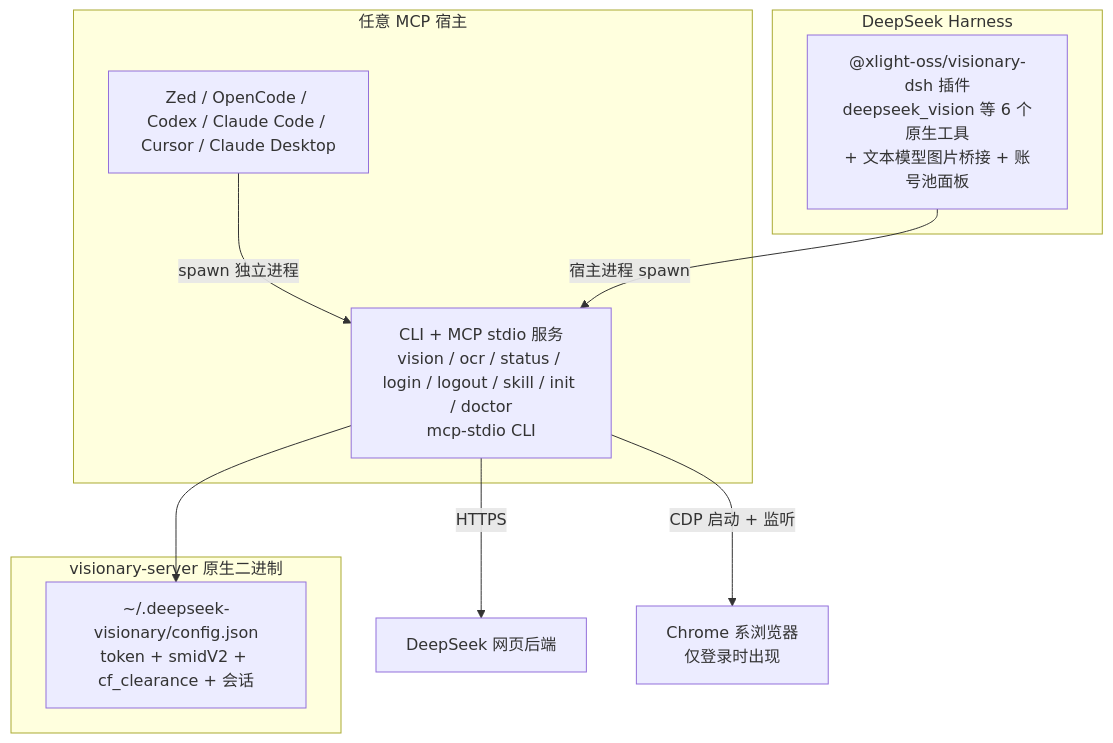
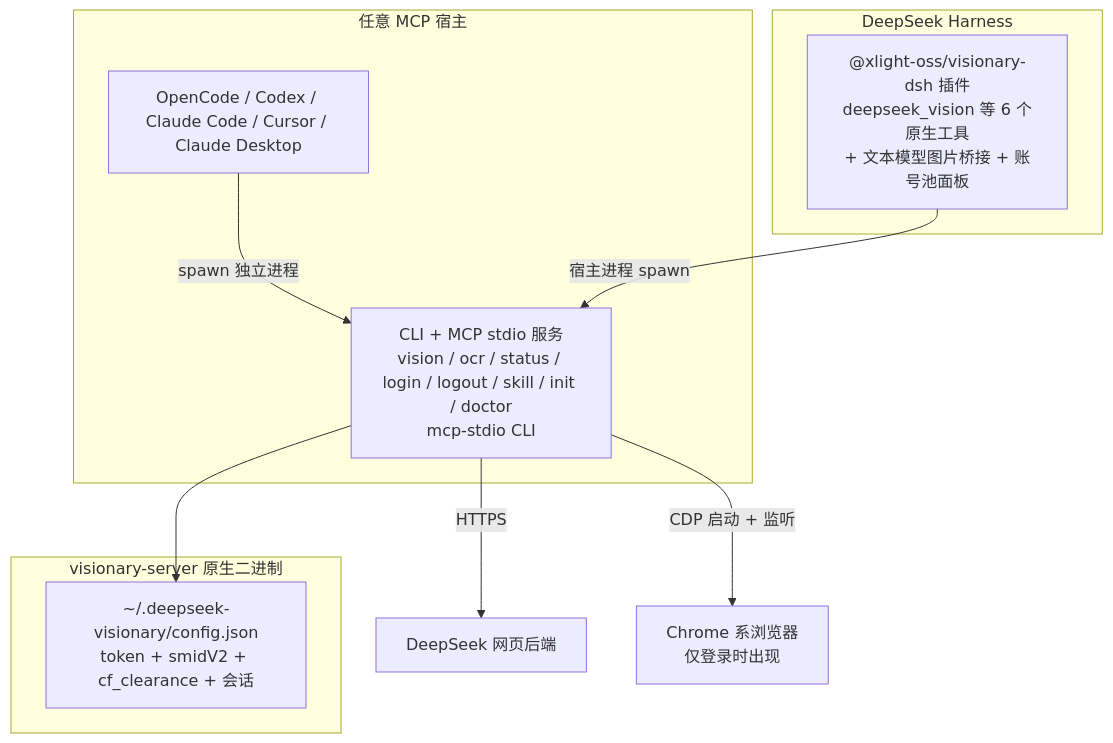
The diagram in README.md (xlight/deepseek-visionary), drawn with Mermaid before and after one commit. The commit also changed other lines of this file and 19 other files, not shown here.

````diff
--- a/README.md
+++ b/README.md
@@ -10,18 +10,18 @@
 ```mermaid
 graph TD
     subgraph 宿主[任意 MCP 宿主]
-        AG["Zed / OpenCode / Codex / Claude Code / Cursor / Claude Desktop"]
+        AG["OpenCode / Codex / Claude Code / Cursor / Claude Desktop"]
         AG -->|spawn 独立进程| SRV
     end
     subgraph DSH[DeepSeek Harness]
         DP["@xlight-oss/visionary-dsh 插件<br/>deepseek_vision 等 6 个原生工具<br/>+ 文本模型图片桥接 + 账号池面板"]
         DP -->|宿主进程 spawn| SRV
     end
     subgraph visionary-server 原生二进制
         SRV["CLI + MCP stdio 服务<br/>vision / ocr / status / login / logout / skill / init / doctor<br/>mcp-stdio CLI"]
         CFG["~/.deepseek-visionary/config.json<br/>token + smidV2 + cf_clearance + 会话"]
         SRV --> CFG
     end
     SRV -->|HTTPS| DS["DeepSeek 网页后端"]
     SRV -->|CDP 启动 + 监听| BRO["Chrome 系浏览器<br/>仅登录时出现"]
 ```
````
